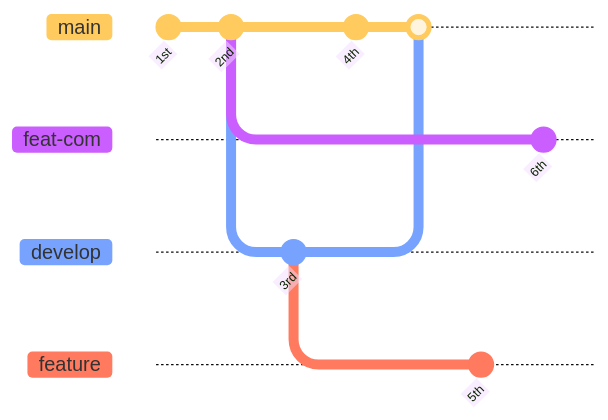
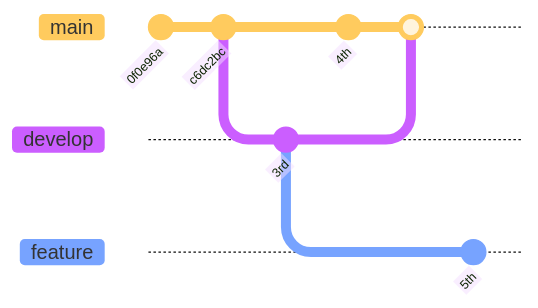
Diagram 15 of 16 in slides-git-quarto/slides-training.qmd (umr-marbec/git-training), drawn with Mermaid before and after one commit. The commit also changed other lines of this file and 2 other files, not shown here.

````diff
--- a/slides-git-quarto/slides-training.qmd
+++ b/slides-git-quarto/slides-training.qmd
@@ -337,20 +427,17 @@
 ```{mermaid}
 %%| fig-width: 10
-%%| fig-height: 4
+%%| fig-height: 3
 %%{init: { 'logLevel': 'debug', 'theme': 'base', 'gitGraph': {'rotateCommitLabel': true}}}%%
 gitGraph
-    commit id: "1st"
-    commit id: "2nd"
-    branch feat-com
+    commit id: "0f0e96a"
+    commit id: "c6dc2bc"
     branch develop
     checkout develop
     commit id: "3rd"
     checkout main
     commit id: "4th"
     merge develop
     checkout develop
     branch feature
     commit id: "5th"
-    checkout feat-com
-    commit id: "6th"
 ```
````
